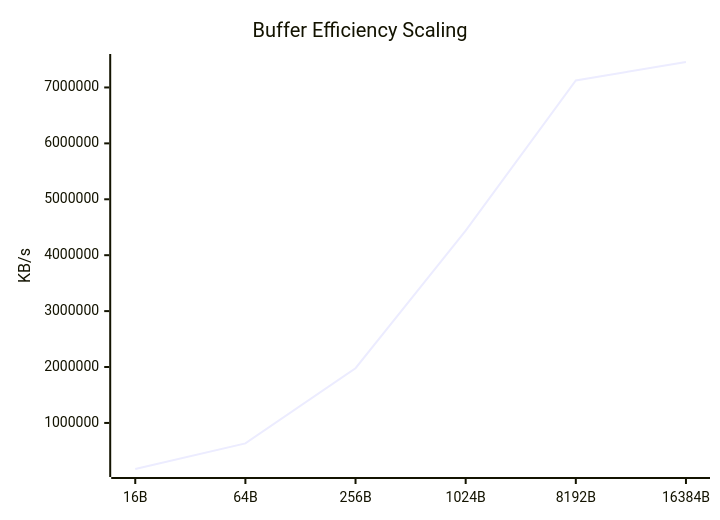
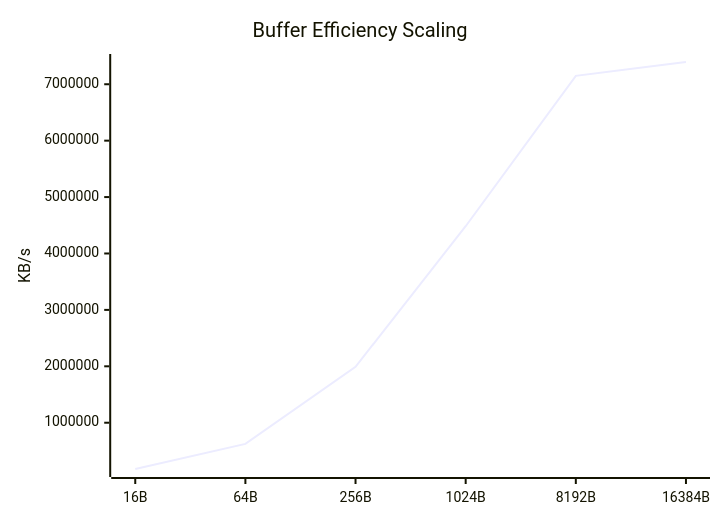
One commit to taha2samy/openssl_fips changed the seventh of 9 diagrams in docs/Comparison_Report.md. Above: the diagram before and after it, drawn with Mermaid. The commit also changed other lines of this file and 2 other files, not shown here.

````diff
--- a/docs/Comparison_Report.md
+++ b/docs/Comparison_Report.md
@@ -110,7 +110,7 @@
 ```mermaid
 xychart-beta
     title "Buffer Efficiency Scaling"
     x-axis [16B, 64B, 256B, 1024B, 8192B, 16384B]
     y-axis "KB/s"
-    line [176209.75, 634561.79, 1978516.86, 4438918.14, 7125012.48, 7455277.06]
+    line [179600.8, 625076.83, 1991222.27, 4483059.2, 7148691.46, 7394295.81]
 ```
````
